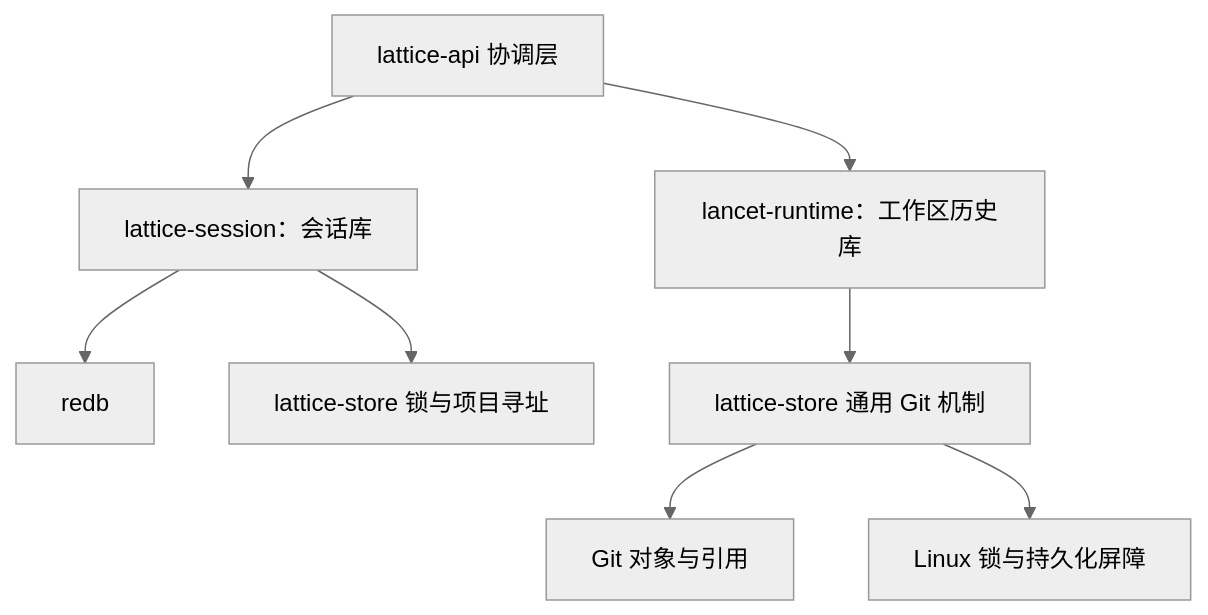
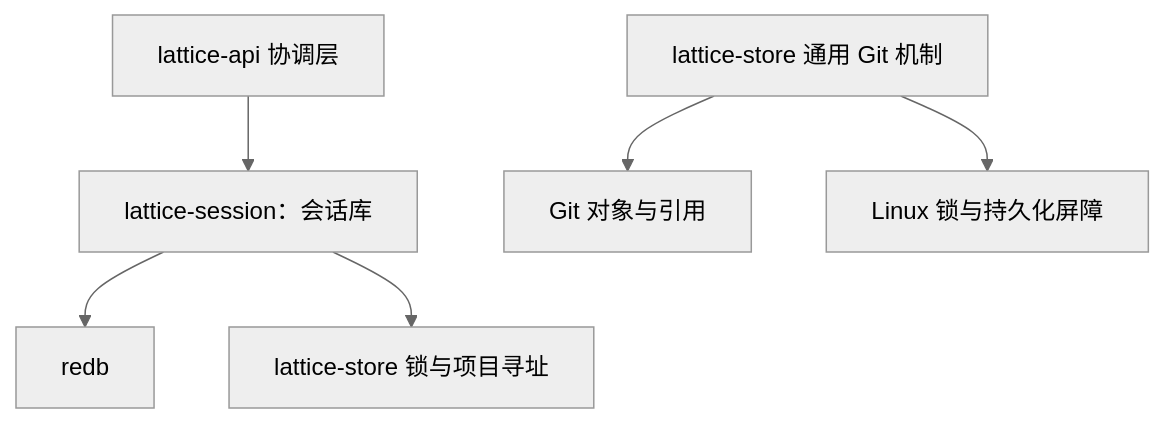
Before and after one commit to Skyline10124/lattice: the first of 2 diagrams in docs/architecture/storage.md, drawn with Mermaid (neutral theme). The commit also changed other lines of this file and 170 other files, not shown here.

````diff
--- a/docs/architecture/storage.md
+++ b/docs/architecture/storage.md
@@ -143,10 +143,8 @@
 ```mermaid
 flowchart TD
     A["lattice-api 协调层"] --> S["lattice-session：会话库"]
-    A --> W["lancet-runtime：工作区历史库"]
     S --> R["redb"]
-    W --> K["lattice-store 通用 Git 机制"]
-    K --> G["Git 对象与引用"]
+    S --> KL["lattice-store 锁与项目寻址"]
+    K["lattice-store 通用 Git 机制"] --> G["Git 对象与引用"]
     K --> L["Linux 锁与持久化屏障"]
-    S --> KL["lattice-store 锁与项目寻址"]
 ```
````
